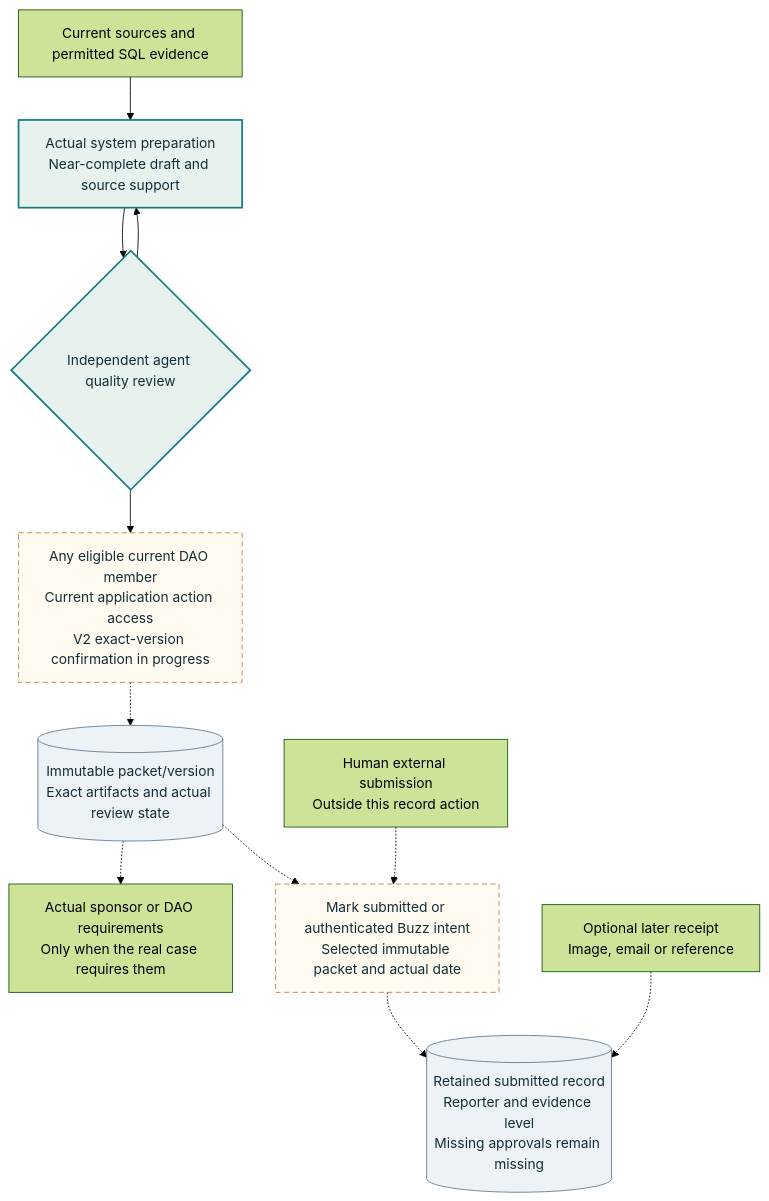
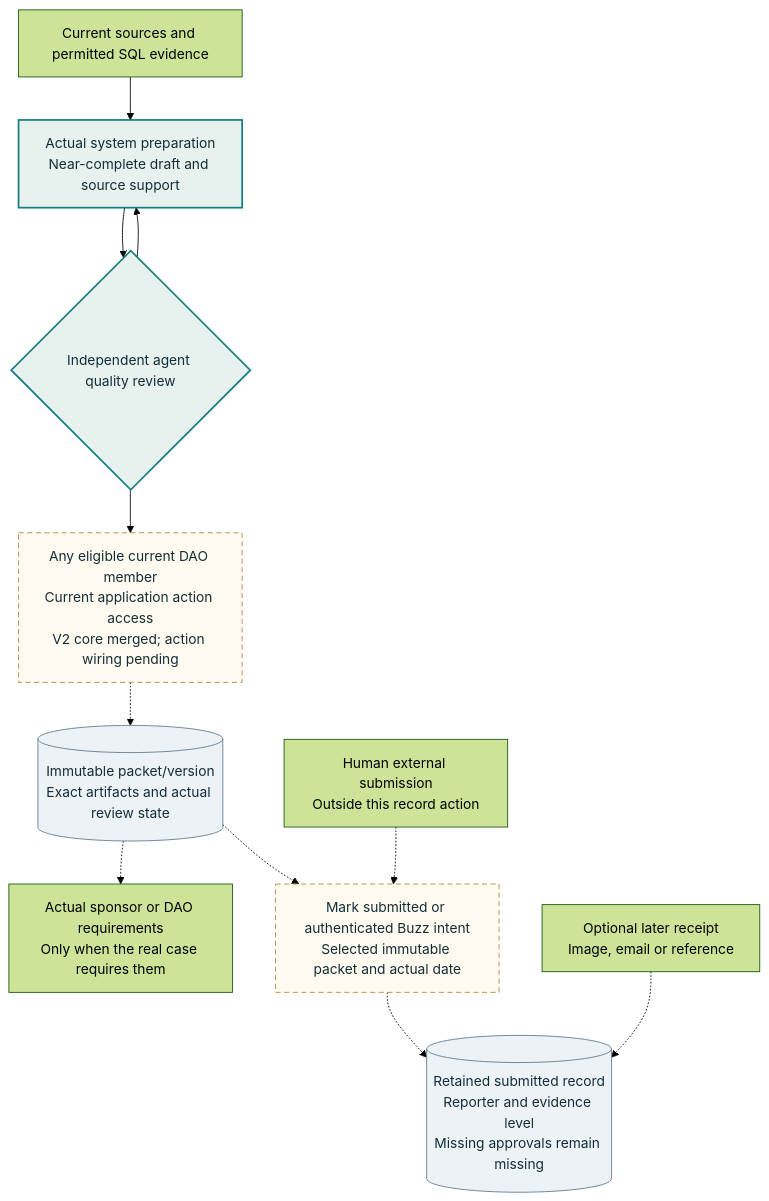
The diagram in docs/architecture/diagrams/grant-review-governance.mmd (NetRxn/Inertia), drawn with Mermaid (forest theme) before and after one commit. The commit also changed 22 other files, not shown here.

Commit message:
docs: sync merged packet core and SQL tool status

```diff
--- a/docs/architecture/diagrams/grant-review-governance.mmd
+++ b/docs/architecture/diagrams/grant-review-governance.mmd
@@ -1,19 +1,19 @@
 flowchart TB
  S["Current sources and permitted SQL evidence"] --> D["Actual system preparation<br/>Near-complete draft and source support"]
  D --> Q{"Independent agent quality review"}
  Q --> D
- Q --> H["Any eligible current DAO member<br/>Current application action access<br/>V2 exact-version confirmation in progress"]
+ Q --> H["Any eligible current DAO member<br/>Current application action access<br/>V2 core merged; action wiring pending"]
  H -.-> P[("Immutable packet/version<br/>Exact artifacts and actual review state")]
  P -.-> G["Actual sponsor or DAO requirements<br/>Only when the real case requires them"]
  P -.-> A["Mark submitted or authenticated Buzz intent<br/>Selected immutable packet and actual date"]
  X["Human external submission<br/>Outside this record action"] -.-> A
  A -.-> R[("Retained submitted record<br/>Reporter and evidence level<br/>Missing approvals remain missing")]
  E["Optional later receipt<br/>Image, email or reference"] -.-> R
  class D,Q core
  class H,A planned
  class P,R store
 
  classDef core fill:#e7f1ee,stroke:#157d80,color:#132e38,stroke-width:2px
  classDef planned fill:#fffaf0,stroke:#b1853e,color:#132e38,stroke-dasharray:6 4
  classDef reviewed fill:#f5f0ff,stroke:#8064a2,color:#132e38
  classDef store fill:#edf2f7,stroke:#61788b,color:#132e38
```
